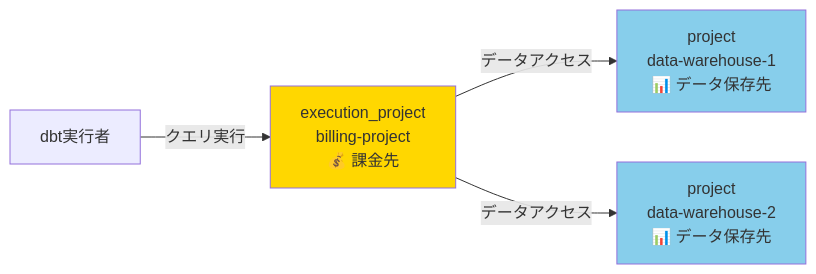
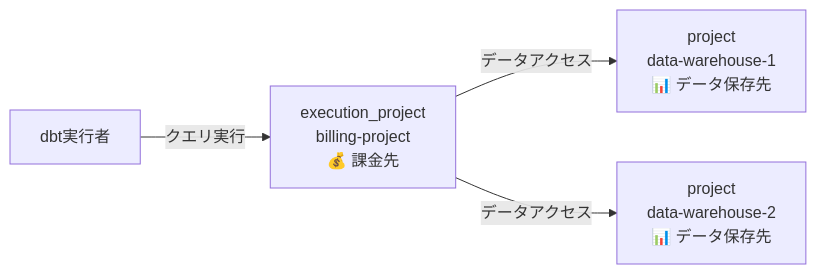
The third of 8 diagrams in content/Tech/dbt/categories/bigquery-connection.md (1210yuichi0/1210yuichi0.github.io), drawn with Mermaid before and after one commit. The commit also changed other lines of this file and 22 other files, not shown here.

First line of the commit message:
style: remove Mermaid style directives for dark mode compatibility

````diff
--- a/content/Tech/dbt/categories/bigquery-connection.md
+++ b/content/Tech/dbt/categories/bigquery-connection.md
@@ -891,10 +885,7 @@
 ```mermaid
 flowchart LR
     User[dbt実行者] -->|クエリ実行| ExecProj[execution_project<br/>billing-project<br/>💰 課金先]
     ExecProj -->|データアクセス| DataProj1[project<br/>data-warehouse-1<br/>📊 データ保存先]
     ExecProj -->|データアクセス| DataProj2[project<br/>data-warehouse-2<br/>📊 データ保存先]
 
-    style ExecProj fill:#FFD700
-    style DataProj1 fill:#87CEEB
-    style DataProj2 fill:#87CEEB
 ```
````
